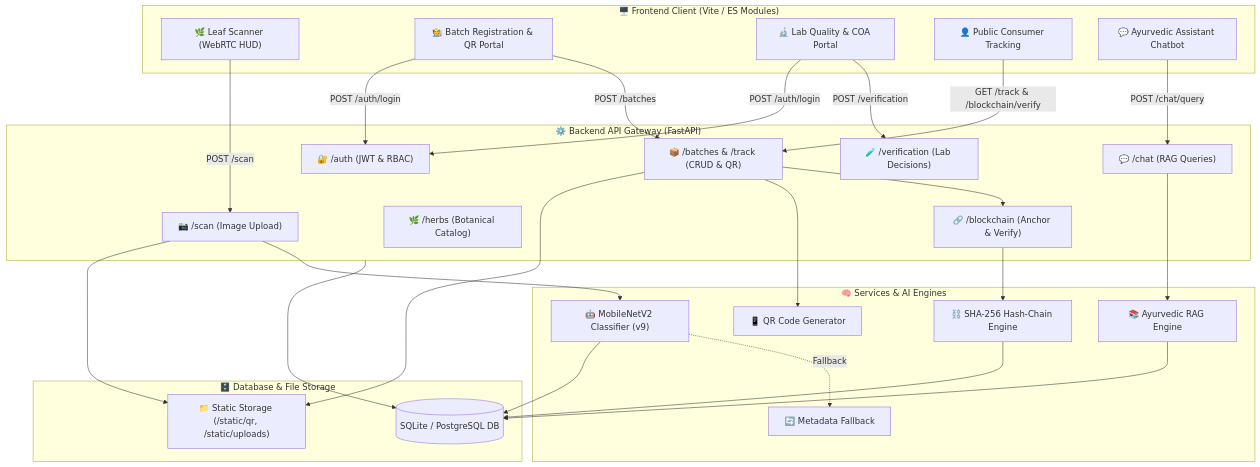
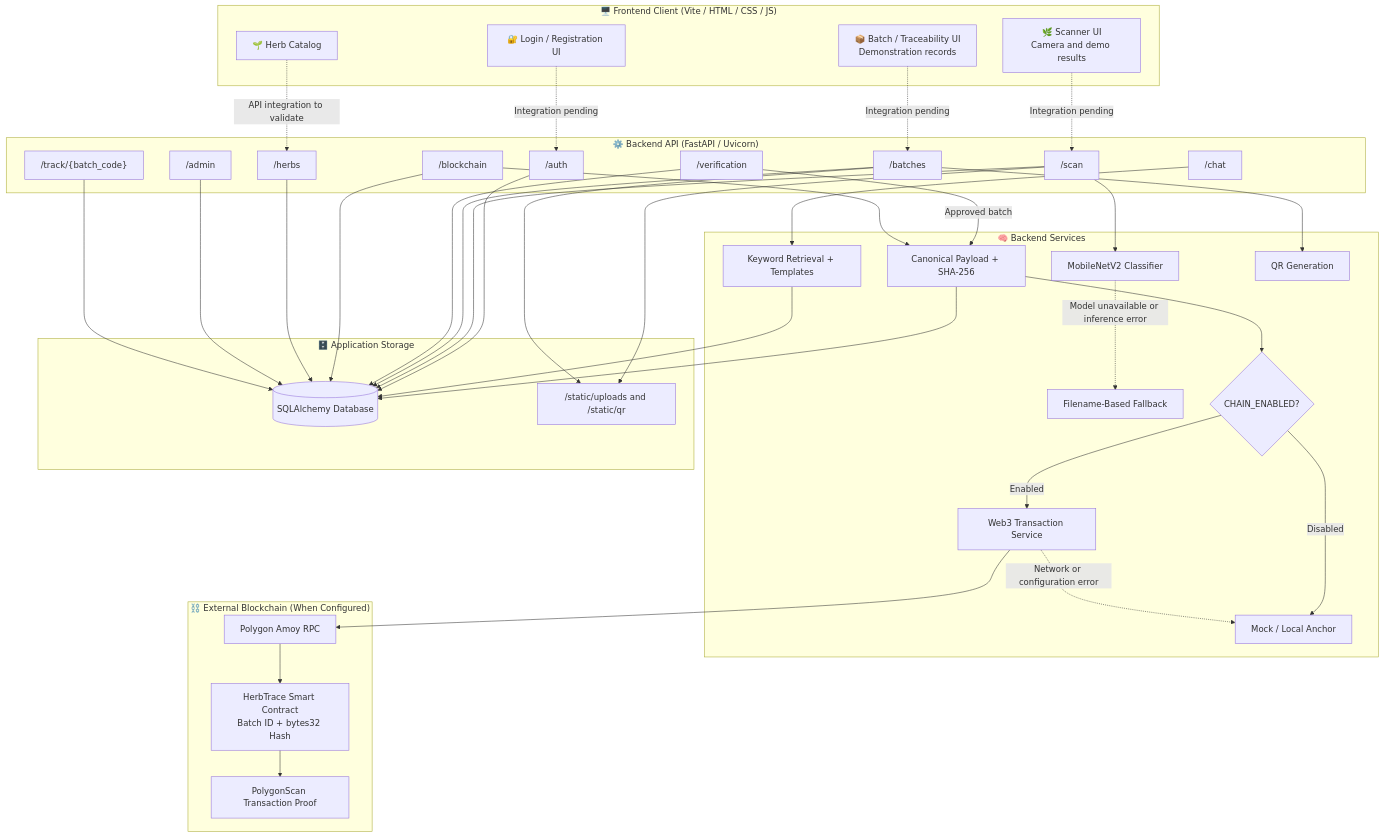
Before and after one commit to varunurugonda253-aiml/Farm2Ayur: the diagram in docs/ARCHITECTURE.md, drawn with Mermaid. The commit also changed other lines of this file, not shown here.

First line of the commit message:
Revise architecture document for Farm2Ayur

````diff
--- a/docs/ARCHITECTURE.md
+++ b/docs/ARCHITECTURE.md
@@ -33,51 +39,75 @@
 ```mermaid
 flowchart TB
-    subgraph Frontend ["🖥️ Frontend Client (Vite / ES Modules)"]
-        ScannerUI["🌿 Leaf Scanner (WebRTC HUD)"]
-        CollectorUI["🧑‍🌾 Batch Registration & QR Portal"]
-        VerifierUI["🔬 Lab Quality & COA Portal"]
-        ConsumerUI["👤 Public Consumer Tracking"]
-        ChatUI["💬 Ayurvedic Assistant Chatbot"]
+    subgraph Frontend ["🖥️ Frontend Client (Vite / HTML / CSS / JS)"]
+        ScannerUI["🌿 Scanner UI<br/>Camera and demo results"]
+        CatalogUI["🌱 Herb Catalog"]
+        BatchUI["📦 Batch / Traceability UI<br/>Demonstration records"]
+        LoginUI["🔐 Login / Registration UI"]
     end
 
-    subgraph Backend ["⚙️ Backend API Gateway (FastAPI)"]
-        AuthRouter["🔐 /auth (JWT & RBAC)"]
-        ScanRouter["📷 /scan (Image Upload)"]
-        BatchRouter["📦 /batches & /track (CRUD & QR)"]
-        VerifyRouter["🧪 /verification (Lab Decisions)"]
-        BlockRouter["🔗 /blockchain (Anchor & Verify)"]
-        ChatRouter["💬 /chat (RAG Queries)"]
-        HerbRouter["🌿 /herbs (Botanical Catalog)"]
+    subgraph Backend ["⚙️ Backend API (FastAPI / Uvicorn)"]
+        AuthRouter["/auth"]
+        ScanRouter["/scan"]
+        BatchRouter["/batches"]
+        VerifyRouter["/verification"]
+        BlockRouter["/blockchain"]
+        HerbRouter["/herbs"]
+        ChatRouter["/chat"]
+        AdminRouter["/admin"]
+        TrackRoute["/track/{batch_code}"]
     end
 
-    subgraph Engines ["🧠 Services & AI Engines"]
-        VisionAI["🤖 MobileNetV2 Classifier (v9)"]
-        HeuristicFallback["🔄 Metadata Fallback"]
-        RAGEngine["📚 Ayurvedic RAG Engine"]
-        LedgerService["⛓️ SHA-256 Hash-Chain Engine"]
-        QRGen["📱 QR Code Generator"]
+    subgraph Services ["🧠 Backend Services"]
+        VisionAI["MobileNetV2 Classifier"]
+        FilenameFallback["Filename-Based Fallback"]
+        RAGEngine["Keyword Retrieval + Templates"]
+        HashService["Canonical Payload + SHA-256"]
+        ModeSelector{"CHAIN_ENABLED?"}
+        Web3Service["Web3 Transaction Service"]
+        MockService["Mock / Local Anchor"]
+        QRService["QR Generation"]
     end
 
-    subgraph Storage ["🗄️ Database & File Storage"]
-        DB[(SQLite / PostgreSQL DB)]
-        FileStore["📁 Static Storage (/static/qr, /static/uploads)"]
+    subgraph Storage ["🗄️ Application Storage"]
+        DB[("SQLAlchemy Database")]
+        StaticFiles["/static/uploads and /static/qr"]
     end
 
-    %% Interactions
-    ScannerUI -->|POST /scan| ScanRouter
-    CollectorUI -->|POST /batches| BatchRouter
-    VerifierUI -->|POST /verification| VerifyRouter
-    ConsumerUI -->|GET /track & /blockchain/verify| BatchRouter
-    BatchRouter --> BlockRouter
-    ChatUI -->|POST /chat/query| ChatRouter
-    CollectorUI & VerifierUI -->|POST /auth/login| AuthRouter
+    subgraph Polygon ["⛓️ External Blockchain (When Configured)"]
+        RPC["Polygon Amoy RPC"]
+        Contract["HerbTrace Smart Contract<br/>Batch ID + bytes32 Hash"]
+        Explorer["PolygonScan Transaction Proof"]
+    end
+
+    ScannerUI -.->|Integration pending| ScanRouter
+    CatalogUI -.->|API integration to validate| HerbRouter
+    BatchUI -.->|Integration pending| BatchRouter
+    LoginUI -.->|Integration pending| AuthRouter
 
     ScanRouter --> VisionAI
-    VisionAI -.->|Fallback| HeuristicFallback
-    BatchRouter --> QRGen
-    BlockRouter --> LedgerService
+    VisionAI -.->|Model unavailable or inference error| FilenameFallback
+    BatchRouter --> QRService
+    VerifyRouter -->|Approved batch| HashService
+    BlockRouter --> HashService
+    HashService --> ModeSelector
+    ModeSelector -->|Disabled| MockService
+    ModeSelector -->|Enabled| Web3Service
+    Web3Service --> RPC
+    RPC --> Contract
+    Contract --> Explorer
+    Web3Service -.->|Network or configuration error| MockService
+
+    AuthRouter --> DB
+    ScanRouter --> DB
+    ScanRouter --> StaticFiles
+    BatchRouter --> DB
+    BatchRouter --> StaticFiles
+    VerifyRouter --> DB
+    BlockRouter --> DB
+    HashService --> DB
+    HerbRouter --> DB
     ChatRouter --> RAGEngine
-
-    ScanRouter & BatchRouter --> FileStore
-    VisionAI & RAGEngine & LedgerService & Backend --> DB
+    RAGEngine --> DB
+    AdminRouter --> DB
+    TrackRoute --> DB
 ```
````
